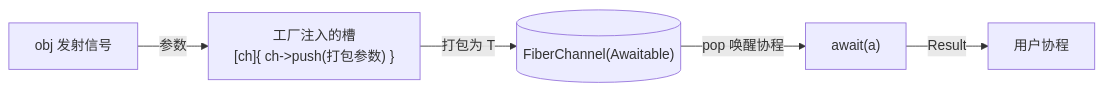
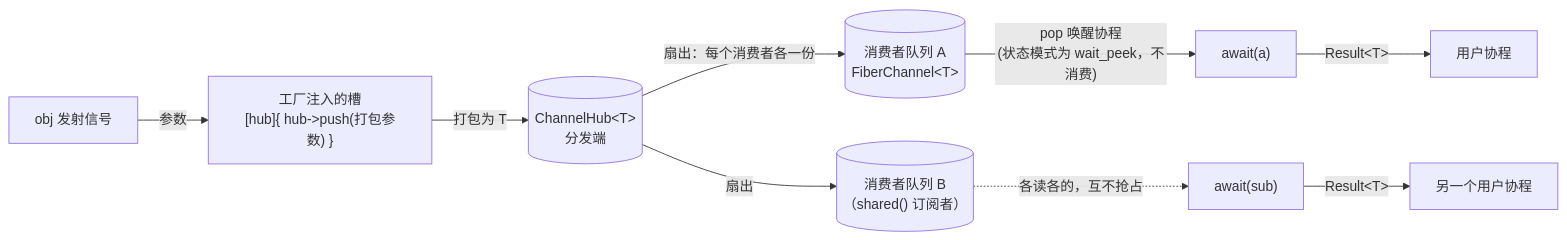
Before and after one commit to Ste7an-cs/AsyncTask: the diagram in doc/img/sdd-08-ms_dfd_toplevel.mmd, drawn with Mermaid. The commit also changed 9 other files, not shown here.

First line of the commit message:
docs: 按 ChannelHub 与状态模式重画全部相关图表

```diff
--- a/doc/img/sdd-08-ms_dfd_toplevel.mmd
+++ b/doc/img/sdd-08-ms_dfd_toplevel.mmd
@@ -1,5 +1,9 @@
 flowchart LR
-    Sig["obj 发射信号"] -->|"参数"| Slot["工厂注入的槽<br/>[ch]{ ch->push(打包参数) }"]
-    Slot -->|"打包为 T"| CH[("FiberChannel(Awaitable)")]
-    CH -->|"pop 唤醒协程"| Await["await(a)"]
-    Await -->|"Result<T>"| U["用户协程"]
+    Sig["obj 发射信号"] -->|"参数"| Slot["工厂注入的槽<br/>[hub]{ hub->push(打包参数) }"]
+    Slot -->|"打包为 T"| HUB[("ChannelHub&lt;T&gt;<br/>分发端")]
+    HUB -->|"扇出：每个消费者各一份"| Q1[("消费者队列 A<br/>FiberChannel&lt;T&gt;")]
+    HUB -->|"扇出"| Q2[("消费者队列 B<br/>（shared() 订阅者）")]
+    Q1 -->|"pop 唤醒协程<br/>(状态模式为 wait_peek，不消费)"| Await["await(a)"]
+    Q2 -.->|"各读各的，互不抢占"| Await2["await(sub)"]
+    Await -->|"Result&lt;T&gt;"| U["用户协程"]
+    Await2 -->|"Result&lt;T&gt;"| U2["另一个用户协程"]
```
